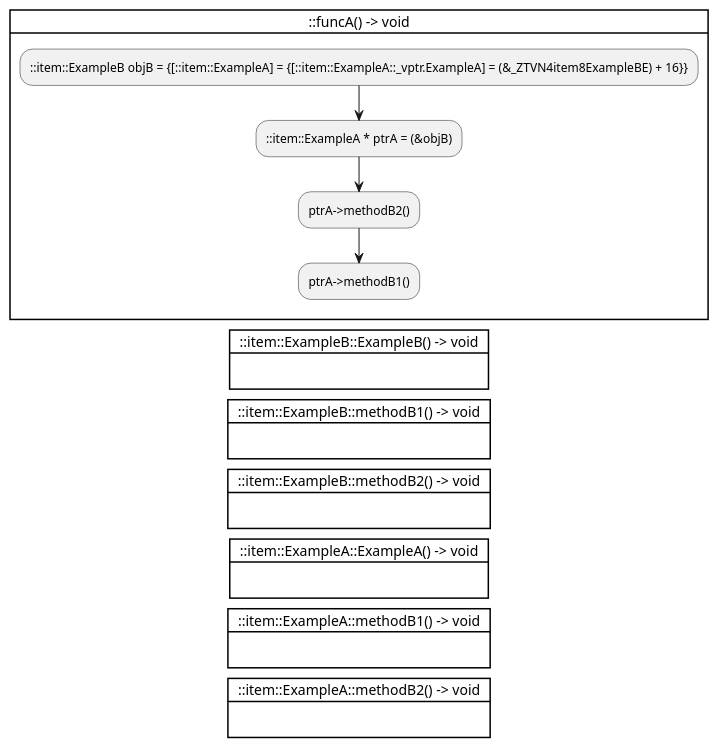
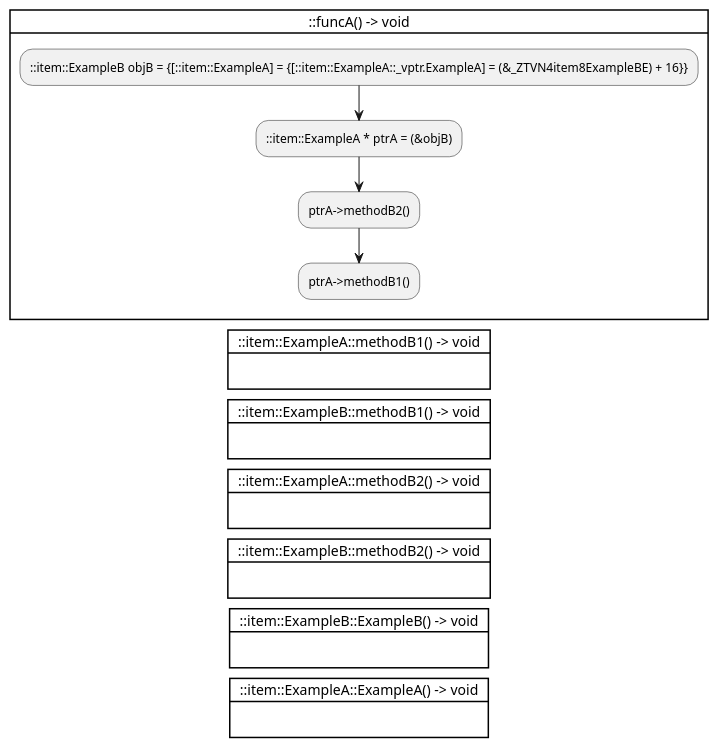
The diagram in examples/ctrlflowgraph/ctrl_ptr.cpp.puml (anetczuk/gcc-uml), drawn with PlantUML before and after one commit. The commit also changed other lines of this file and 13 other files, not shown here.

```diff
--- a/examples/ctrlflowgraph/ctrl_ptr.cpp.puml
+++ b/examples/ctrlflowgraph/ctrl_ptr.cpp.puml
@@ -1,36 +1,36 @@
 @startuml
 
 card "::funcA() -> void" {
     :::item::ExampleB objB = {[::item::ExampleA] = {[::item::ExampleA::_vptr.ExampleA] = (&_ZTVN4item8ExampleBE) + 16}};
     :::item::ExampleA * ptrA = (&objB);
     :ptrA->methodB2();
     :ptrA->methodB1();
     -[hidden]->
 }
 
-card "::item::ExampleB::ExampleB() -> void" {
+card "::item::ExampleA::methodB1() -> void" {
     -[hidden]->
 }
 
 card "::item::ExampleB::methodB1() -> void" {
     -[hidden]->
 }
 
+card "::item::ExampleA::methodB2() -> void" {
+    -[hidden]->
+}
+
 card "::item::ExampleB::methodB2() -> void" {
+    -[hidden]->
+}
+
+card "::item::ExampleB::ExampleB() -> void" {
     -[hidden]->
 }
 
 card "::item::ExampleA::ExampleA() -> void" {
     -[hidden]->
 }
 
-card "::item::ExampleA::methodB1() -> void" {
-    -[hidden]->
-}
-
-card "::item::ExampleA::methodB2() -> void" {
-    -[hidden]->
-}
-
 
 @enduml
```
